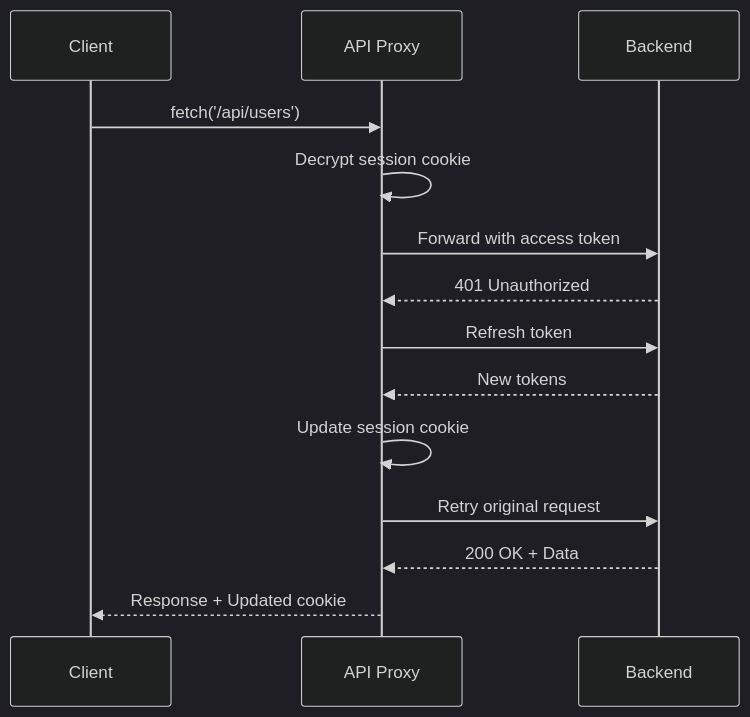
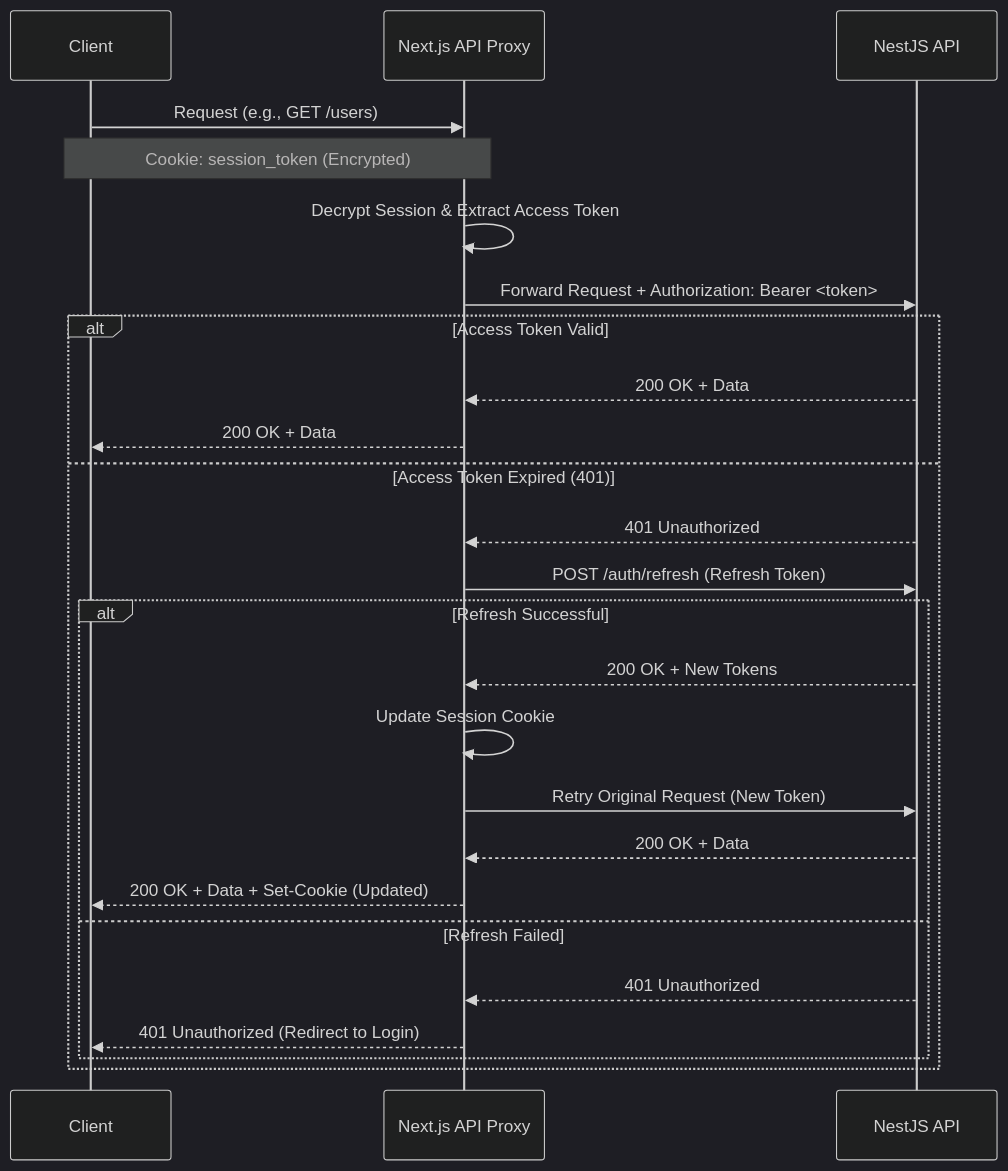
Before and after one commit to kisstamasj/nestjs-nextjs-api-proxy: the diagram in README.md, drawn with Mermaid (dark theme). The commit also changed other lines of this file, not shown here.

Commit message:
docs: Rework README to describe the API proxy starter template with key features and architecture diagram, replacing detailed application features and setup.

````diff
--- a/README.md
+++ b/README.md
@@ -637,17 +36,32 @@
 ```mermaid
 sequenceDiagram
     participant Client
-    participant Proxy as API Proxy
-    participant Backend
+    participant Proxy as Next.js API Proxy
+    participant Backend as NestJS API
 
-    Client->>Proxy: fetch('/api/users')
-    Proxy->>Proxy: Decrypt session cookie
-    Proxy->>Backend: Forward with access token
-    Backend-->>Proxy: 401 Unauthorized
-    Proxy->>Backend: Refresh token
-    Backend-->>Proxy: New tokens
-    Proxy->>Proxy: Update session cookie
-    Proxy->>Backend: Retry original request
-    Backend-->>Proxy: 200 OK + Data
-    Proxy-->>Client: Response + Updated cookie
+    Client->>Proxy: Request (e.g., GET /users)
+    Note over Client,Proxy: Cookie: session_token (Encrypted)
+    
+    Proxy->>Proxy: Decrypt Session & Extract Access Token
+    
+    Proxy->>Backend: Forward Request + Authorization: Bearer <token>
+    
+    alt Access Token Valid
+        Backend-->>Proxy: 200 OK + Data
+        Proxy-->>Client: 200 OK + Data
+    else Access Token Expired (401)
+        Backend-->>Proxy: 401 Unauthorized
+        Proxy->>Backend: POST /auth/refresh (Refresh Token)
+        
+        alt Refresh Successful
+            Backend-->>Proxy: 200 OK + New Tokens
+            Proxy->>Proxy: Update Session Cookie
+            Proxy->>Backend: Retry Original Request (New Token)
+            Backend-->>Proxy: 200 OK + Data
+            Proxy-->>Client: 200 OK + Data + Set-Cookie (Updated)
+        else Refresh Failed
+            Backend-->>Proxy: 401 Unauthorized
+            Proxy-->>Client: 401 Unauthorized (Redirect to Login)
+        end
+    end
 ```
````
